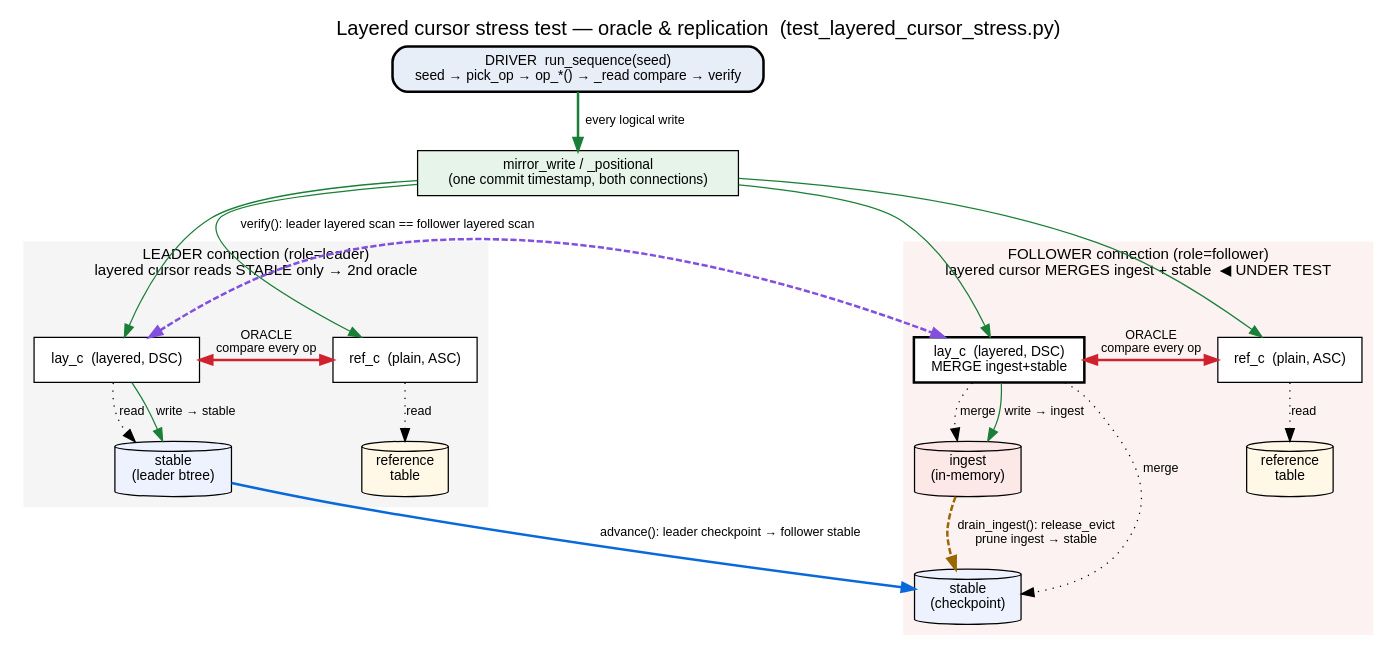
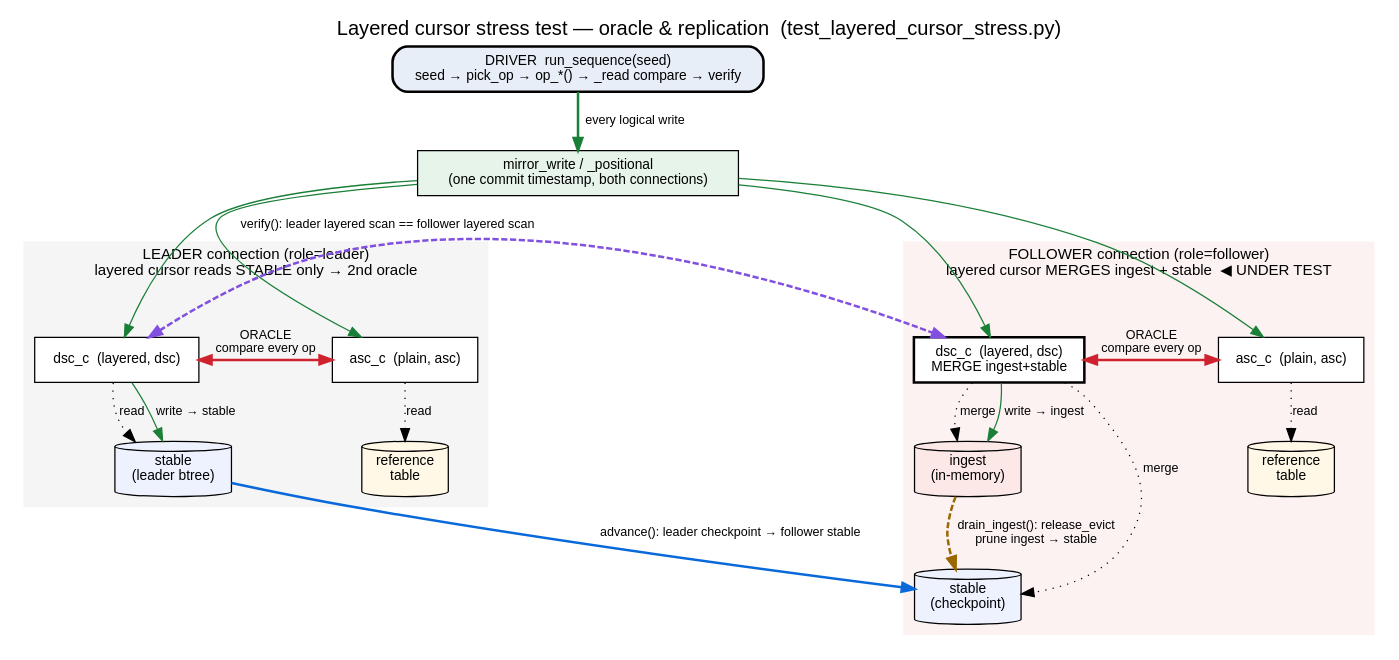
Before and after one commit to wiredtiger/wiredtiger: the diagram in layered_cursor_stress_test_architecture.dot, drawn with Graphviz. The commit also changed 6 other files, not shown here.

```diff
--- a/layered_cursor_stress_test_architecture.dot
+++ b/layered_cursor_stress_test_architecture.dot
@@ -1,61 +1,61 @@
 // Layered cursor stress test -- oracle & replication topology.
 // Render:  dot -Tsvg layered_cursor_stress_test_architecture.dot -o arch_topology.svg
 digraph layered_cursor_stress_topology {
   rankdir=TB;
   fontname="Helvetica"; labelloc=t; fontsize=16;
   label="Layered cursor stress test — oracle & replication  (test_layered_cursor_stress.py)";
   node [fontname="Helvetica", fontsize=11];
   edge [fontname="Helvetica", fontsize=10];
 
   driver [shape=box, style="rounded,filled", fillcolor="#e8eef7", penwidth=2,
           label="DRIVER  run_sequence(seed)\nseed → pick_op → op_*() → _read compare → verify"];
   mw [shape=box, style="filled", fillcolor="#e6f4ea",
       label="mirror_write / _positional\n(one commit timestamp, both connections)"];
   driver -> mw [color="#1a7f37", penwidth=2, label="every logical write"];
 
   // ---- LEADER ----
   subgraph cluster_leader {
     label="LEADER connection (role=leader)\nlayered cursor reads STABLE only → 2nd oracle";
     style=filled; color="#f5f5f5"; fontsize=12;
-    Llay [shape=box, style=filled, fillcolor="#ffffff", label="lay_c  (layered, DSC)"];
-    Lref [shape=box, style=filled, fillcolor="#ffffff", label="ref_c  (plain, ASC)"];
+    Llay [shape=box, style=filled, fillcolor="#ffffff", label="dsc_c  (layered, dsc)"];
+    Lref [shape=box, style=filled, fillcolor="#ffffff", label="asc_c  (plain, asc)"];
     Lstab [shape=cylinder, fillcolor="#eef2ff", style=filled, label="stable\n(leader btree)"];
     Lreft [shape=cylinder, fillcolor="#fff8e6", style=filled, label="reference\ntable"];
     Llay -> Lstab [style=dotted, label="read"];
     Lref -> Lreft [style=dotted, label="read"];
     Llay -> Lref [dir=both, color="#cf222e", penwidth=2, constraint=false,
                   label="ORACLE\ncompare every op"];
   }
 
   // ---- FOLLOWER ----
   subgraph cluster_follower {
     label="FOLLOWER connection (role=follower)\nlayered cursor MERGES ingest + stable  ◀ UNDER TEST";
     style=filled; color="#fdf2f2"; fontsize=12;
-    Flay [shape=box, style="filled", fillcolor="#ffffff", penwidth=2, label="lay_c  (layered, DSC)\nMERGE ingest+stable"];
-    Fref [shape=box, style=filled, fillcolor="#ffffff", label="ref_c  (plain, ASC)"];
+    Flay [shape=box, style="filled", fillcolor="#ffffff", penwidth=2, label="dsc_c  (layered, dsc)\nMERGE ingest+stable"];
+    Fref [shape=box, style=filled, fillcolor="#ffffff", label="asc_c  (plain, asc)"];
     Fing [shape=cylinder, fillcolor="#fde8e8", style=filled, label="ingest\n(in-memory)"];
     Fstab [shape=cylinder, fillcolor="#eef2ff", style=filled, label="stable\n(checkpoint)"];
     Freft [shape=cylinder, fillcolor="#fff8e6", style=filled, label="reference\ntable"];
     Flay -> Fing [style=dotted, label="merge"];
     Flay -> Fstab [style=dotted, label="merge"];
     Fref -> Freft [style=dotted, label="read"];
     Flay -> Fref [dir=both, color="#cf222e", penwidth=2, constraint=false,
                   label="ORACLE\ncompare every op"];
   }
 
   // writes fan out to all four cursors; layered writes land in different constituents
   mw -> Llay [color="#1a7f37"];
   mw -> Lref [color="#1a7f37"];
   mw -> Flay [color="#1a7f37"];
   mw -> Fref [color="#1a7f37"];
   Llay -> Lstab [color="#1a7f37", label="write → stable"];
   Flay -> Fing  [color="#1a7f37", label="write → ingest"];
 
   // replication + drain
   Lstab -> Fstab [color="#0969da", penwidth=2, label="advance(): leader checkpoint → follower stable"];
   Fing  -> Fstab [color="#9a6700", style=dashed, penwidth=2, label="drain_ingest(): release_evict\nprune ingest → stable"];
 
   // cross-node verify oracle
   Llay -> Flay [dir=both, color="#8250df", penwidth=2, style=dashed, constraint=false,
                 label="verify(): leader layered scan == follower layered scan"];
 }
```
